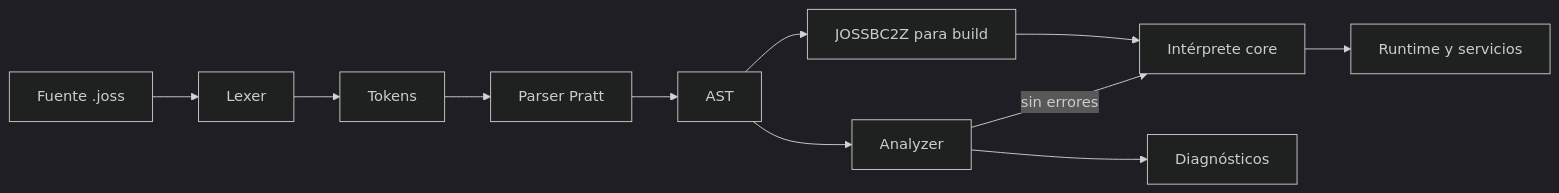
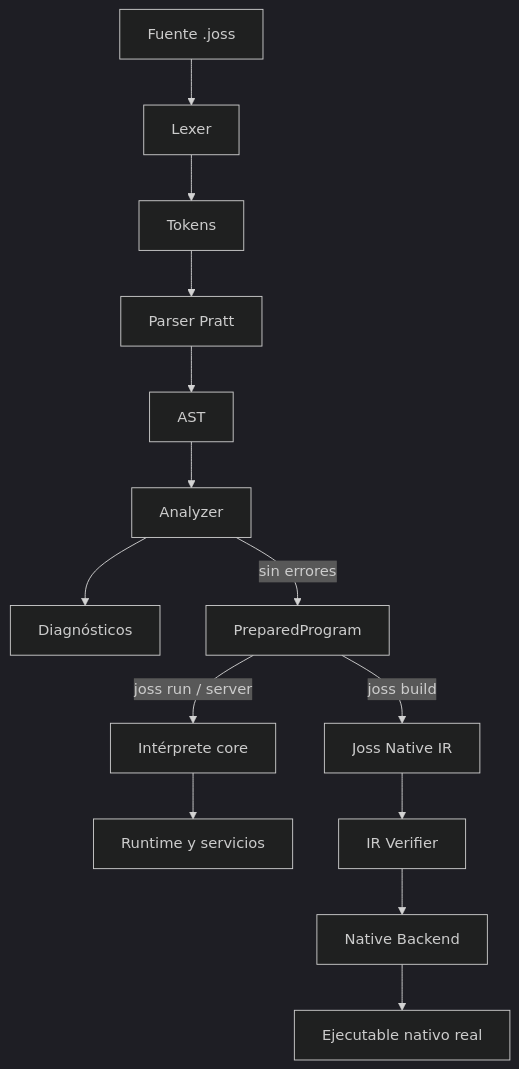
The diagram in docs/ARQUITECTURA.md (joss-language/Joss-Programming-Language), drawn with Mermaid (dark theme) before and after one commit. The commit also changed other lines of this file and 57 other files, not shown here.

First line of the commit message:
Add comprehensive regression, differential, and verification tests for native backend

````diff
--- a/docs/ARQUITECTURA.md
+++ b/docs/ARQUITECTURA.md
@@ -18,13 +25,16 @@
 ```mermaid
-flowchart LR
+flowchart TD
     S[Fuente .joss] --> L[Lexer]
     L --> T[Tokens]
     T --> P[Parser Pratt]
     P --> A[AST]
     A --> N[Analyzer]
-    N -->|sin errores| E[Intérprete core]
     N --> D[Diagnósticos]
+    N -->|sin errores| PP[PreparedProgram]
+    PP -->|joss run / server| E[Intérprete core]
     E --> R[Runtime y servicios]
-    A --> B[JOSSBC2Z para build]
-    B --> E
+    PP -->|joss build| IR[Joss Native IR]
+    IR --> V[IR Verifier]
+    V --> NB[Native Backend]
+    NB --> EXE[Ejecutable nativo real]
 ```
````
